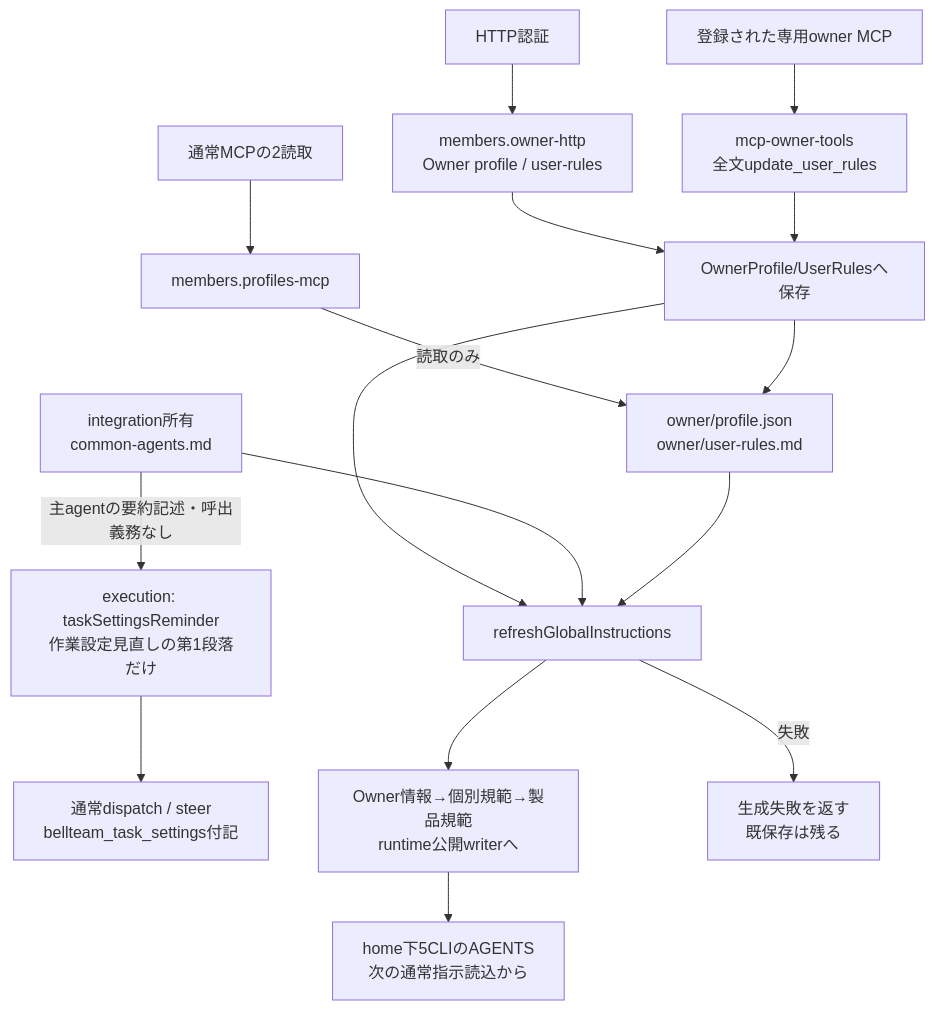
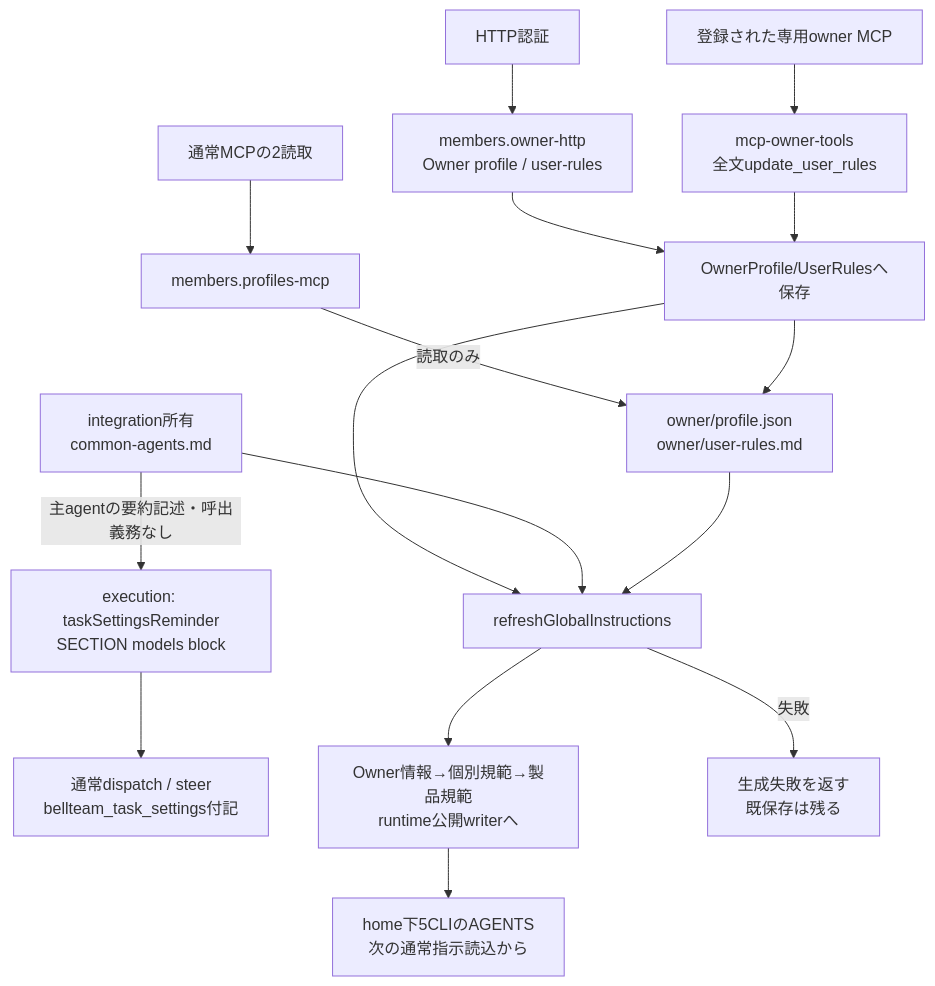
Before and after one commit to kitepon/BellTeam: the first of 2 diagrams in docs/architecture/modules/members/instructions.md, drawn with Mermaid. The commit also changed other lines of this file and 4 other files, not shown here.

Commit message:
docs: adopt common rule DSL and preserve models delivery reminder

````diff
--- a/docs/architecture/modules/members/instructions.md
+++ b/docs/architecture/modules/members/instructions.md
@@ -5,18 +5,18 @@
 ```mermaid
 flowchart TD
   Http["HTTP認証"] --> Owner["members.owner-http<br/>Owner profile / user-rules"]
   Read["通常MCPの2読取"] --> Member["members.profiles-mcp"]
   Dedicated["登録された専用owner MCP"] --> Rules["mcp-owner-tools<br/>全文update_user_rules"]
   Owner --> Save["OwnerProfile/UserRulesへ保存"]
   Rules --> Save
   Member -->|"読取のみ"| Data["owner/profile.json<br/>owner/user-rules.md"]
   Save --> Data
   Save --> Refresh["refreshGlobalInstructions"]
   Common["integration所有<br/>common-agents.md"] --> Refresh
-  Common -->|"主agentの要約記述・呼出義務なし"| Reminder["execution: taskSettingsReminder<br/>作業設定見直しの第1段落だけ"]
+  Common -->|"主agentの要約記述・呼出義務なし"| Reminder["execution: taskSettingsReminder<br/>SECTION models block"]
   Reminder --> Dispatch["通常dispatch / steer<br/>bellteam_task_settings付記"]
   Data --> Refresh
   Refresh --> Write["Owner情報→個別規範→製品規範<br/>runtime公開writerへ"]
   Write --> Globals["home下5CLIのAGENTS<br/>次の通常指示読込から"]
   Refresh -->|"失敗"| Failure["生成失敗を返す<br/>既保存は残る"]
 ```
````
